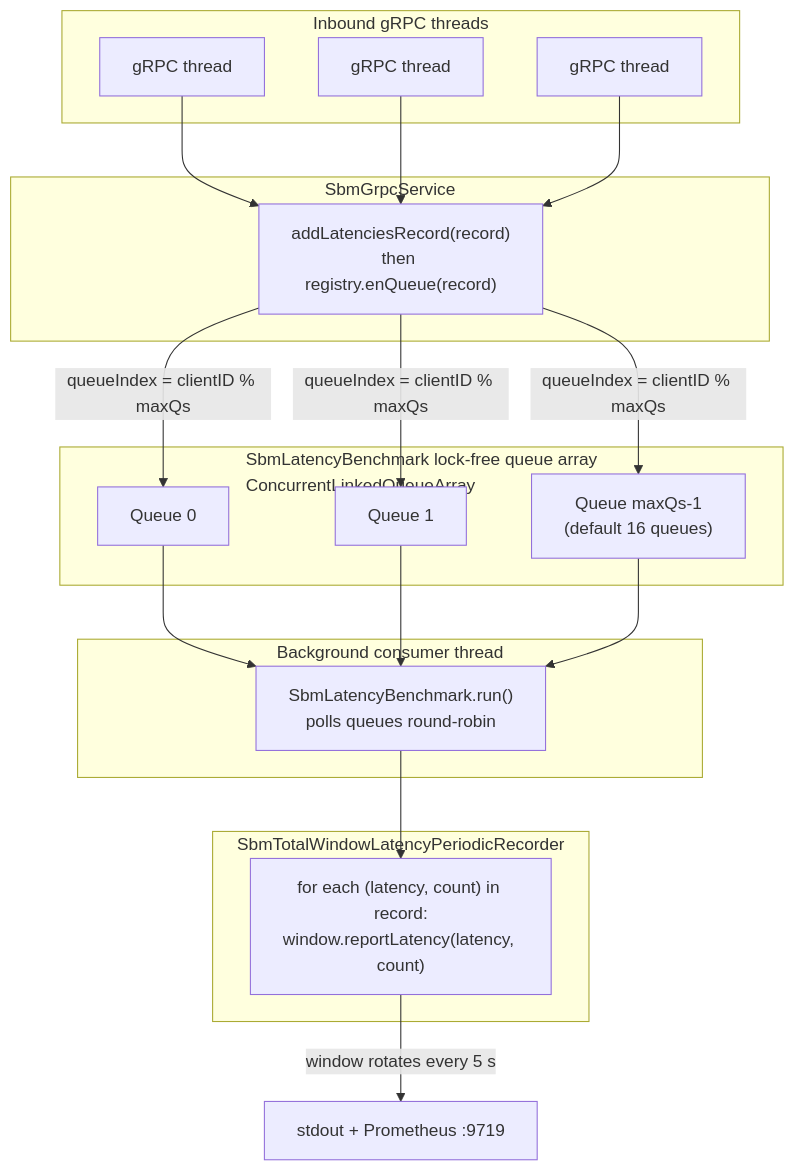
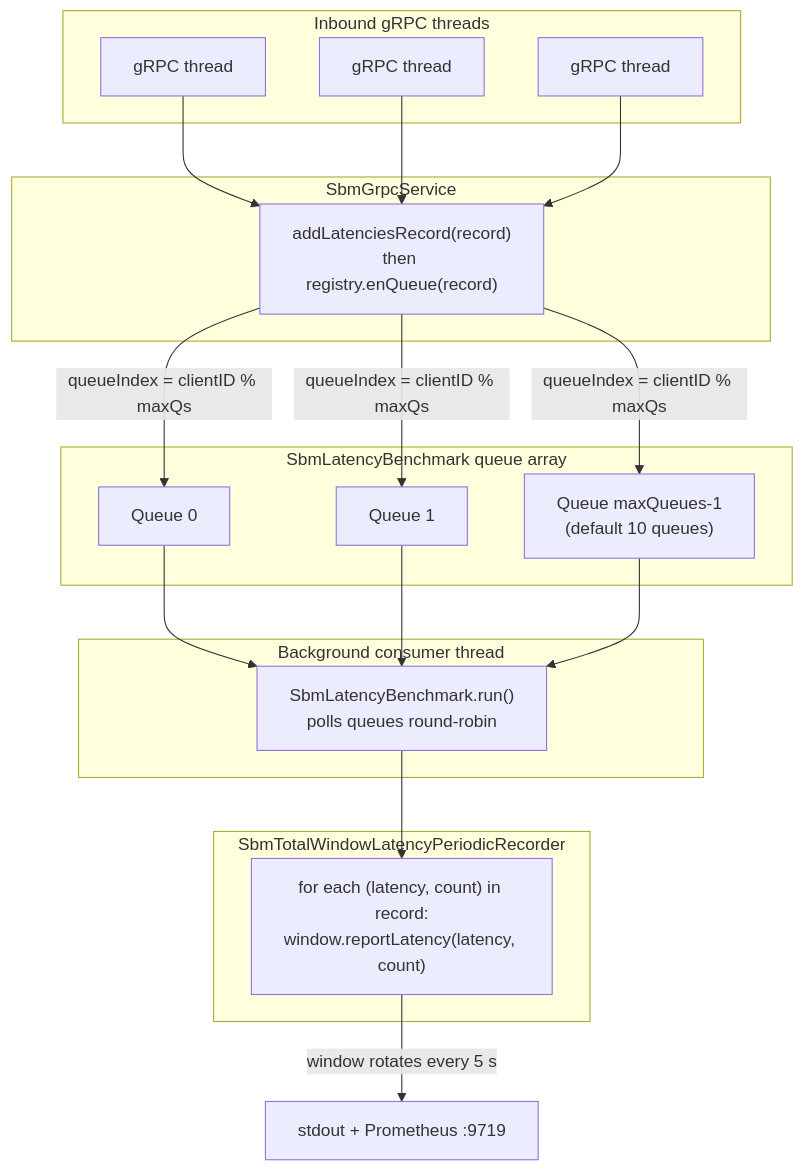
Before and after one commit to kmgowda/SBK: diagram 20 of 36 in docs/sbk-internals.md, drawn with Mermaid. The commit also changed other lines of this file and 1 other file, not shown here.

Commit message:
Improve SBK internals architecture guide

````diff
--- a/docs/sbk-internals.md
+++ b/docs/sbk-internals.md
@@ -1109,40 +1502,40 @@
 ```mermaid
 flowchart TB
     subgraph IN["Inbound gRPC threads"]
         T1["gRPC thread"]
         T2["gRPC thread"]
         T3["gRPC thread"]
     end
 
     subgraph SRV["SbmGrpcService"]
         ENQ["addLatenciesRecord(record)<br/>then registry.enQueue(record)"]
     end
 
-    subgraph QUEUES["SbmLatencyBenchmark lock-free queue array<br/>ConcurrentLinkedQueueArray"]
+    subgraph QUEUES["SbmLatencyBenchmark queue array"]
         SQ1["Queue 0"]
         SQ2["Queue 1"]
-        SQN["Queue maxQs-1<br/>(default 16 queues)"]
+        SQN["Queue maxQueues-1<br/>(default 10 queues)"]
     end
 
     subgraph BG["Background consumer thread"]
         LOOP["SbmLatencyBenchmark.run()<br/>polls queues round-robin"]
     end
 
     subgraph REC["SbmTotalWindowLatencyPeriodicRecorder"]
         MERGE["for each (latency, count) in record:<br/>window.reportLatency(latency, count)"]
     end
 
     T1 --> ENQ
     T2 --> ENQ
     T3 --> ENQ
     ENQ -->|"queueIndex = clientID % maxQs"| SQ1
     ENQ -->|"queueIndex = clientID % maxQs"| SQ2
     ENQ -->|"queueIndex = clientID % maxQs"| SQN
 
     SQ1 --> LOOP
     SQ2 --> LOOP
     SQN --> LOOP
 
     LOOP --> MERGE
     MERGE -->|"window rotates every 5 s"| OUT["stdout + Prometheus :9719"]
 ```
````
